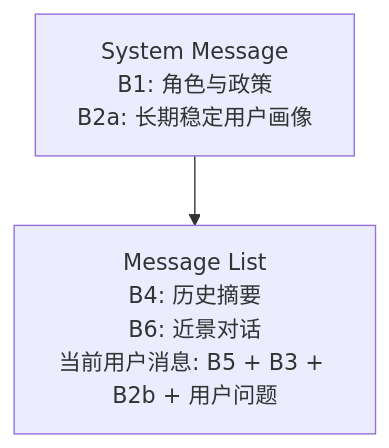
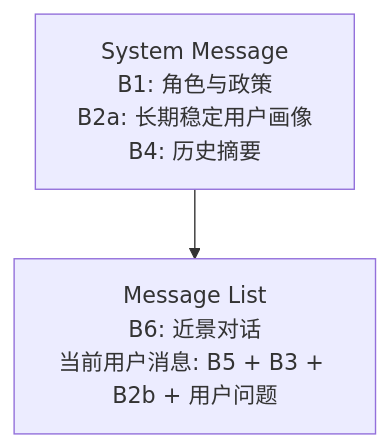
One commit to D15190304050/generic-agent changed the seventh of 38 diagrams in discussions/ContextManagerV6.md. Above: the diagram before and after it, drawn with Mermaid. The commit also changed other lines of this file, not shown here.

````diff
--- a/discussions/ContextManagerV6.md
+++ b/discussions/ContextManagerV6.md
@@ -558,6 +554,6 @@
 ```mermaid
 graph TD
-    System["System Message<br/>B1: 角色与政策<br/>B2a: 长期稳定用户画像"]
-    Messages["Message List<br/>B4: 历史摘要<br/>B6: 近景对话<br/>当前用户消息: B5 + B3 + B2b + 用户问题"]
+    System["System Message<br/>B1: 角色与政策<br/>B2a: 长期稳定用户画像<br/>B4: 历史摘要"]
+    Messages["Message List<br/>B6: 近景对话<br/>当前用户消息: B5 + B3 + B2b + 用户问题"]
     System --> Messages
 ```
````
